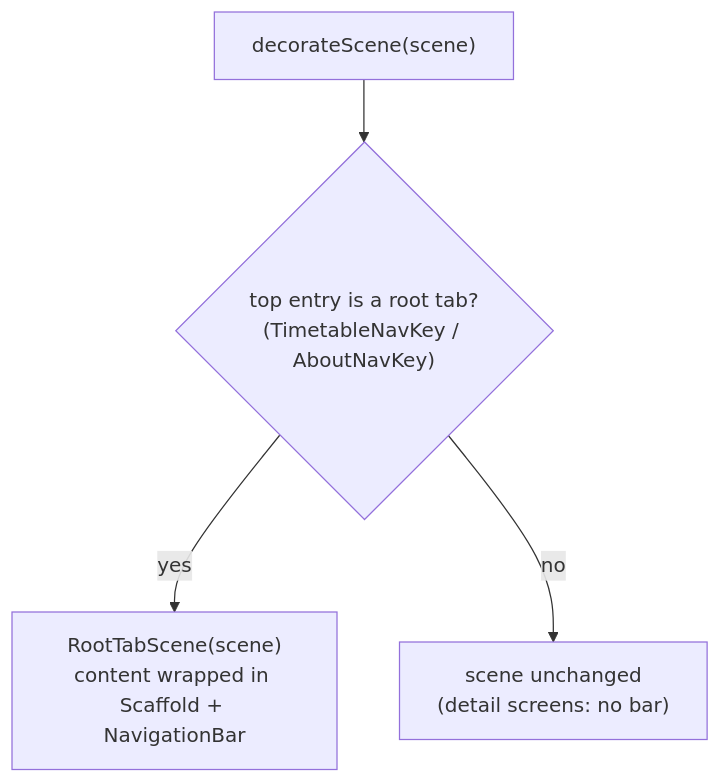
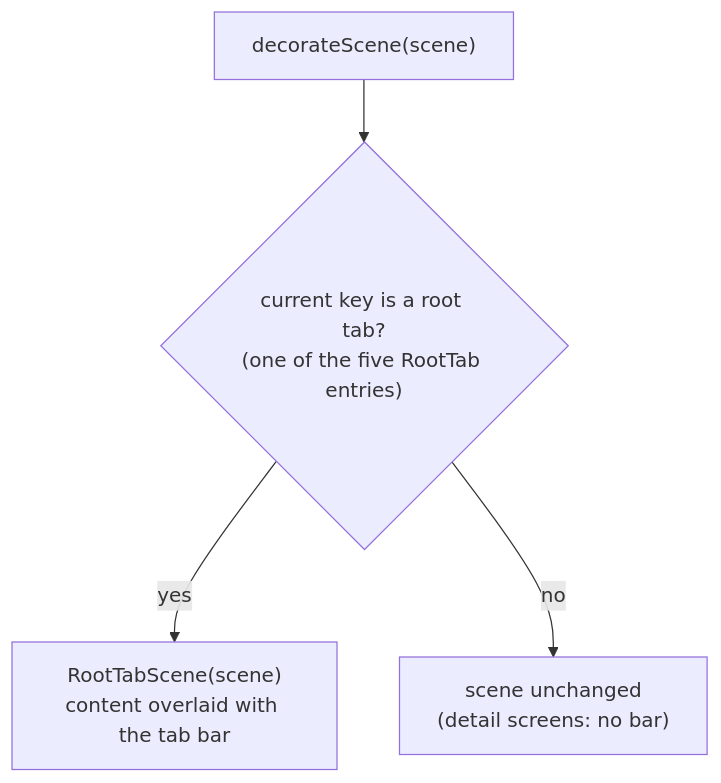
Before and after one commit to Cjsghkd/conference-app-2026: the diagram in docs/navigation-root-tab-bar.md, drawn with Mermaid. The commit also changed other lines of this file and 19 other files, not shown here.

````diff
--- a/docs/navigation-root-tab-bar.md
+++ b/docs/navigation-root-tab-bar.md
@@ -9,6 +9,6 @@
 ```mermaid
 flowchart TD
-  a["decorateScene(scene)"] --> b{"top entry is a root tab?<br/>(TimetableNavKey / AboutNavKey)"}
-  b -- yes --> c["RootTabScene(scene)<br/>content wrapped in Scaffold + NavigationBar"]
+  a["decorateScene(scene)"] --> b{"current key is a root tab?<br/>(one of the five RootTab entries)"}
+  b -- yes --> c["RootTabScene(scene)<br/>content overlaid with the tab bar"]
   b -- no --> d["scene unchanged<br/>(detail screens: no bar)"]
 ```
````
